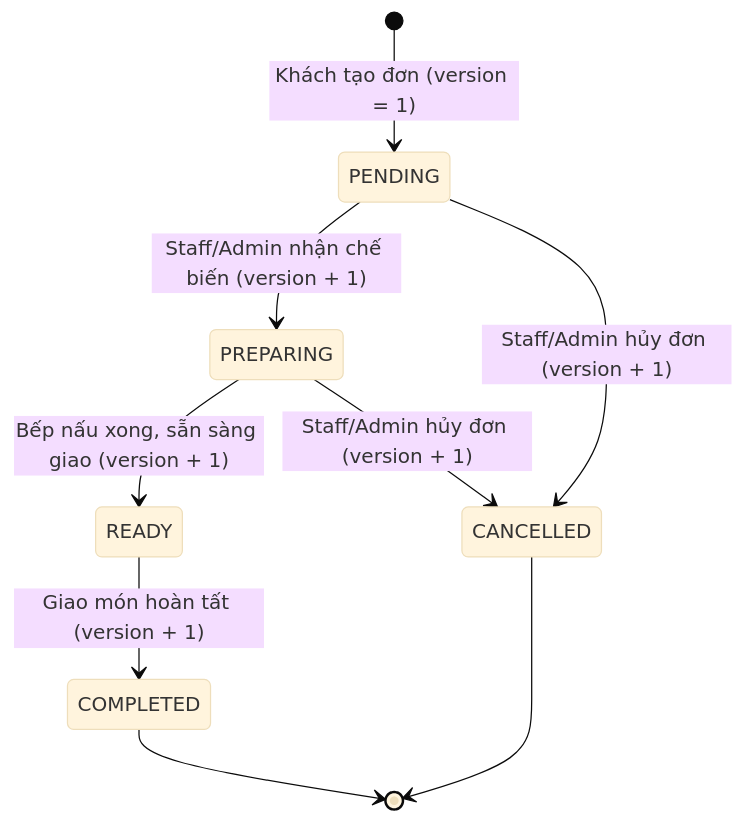
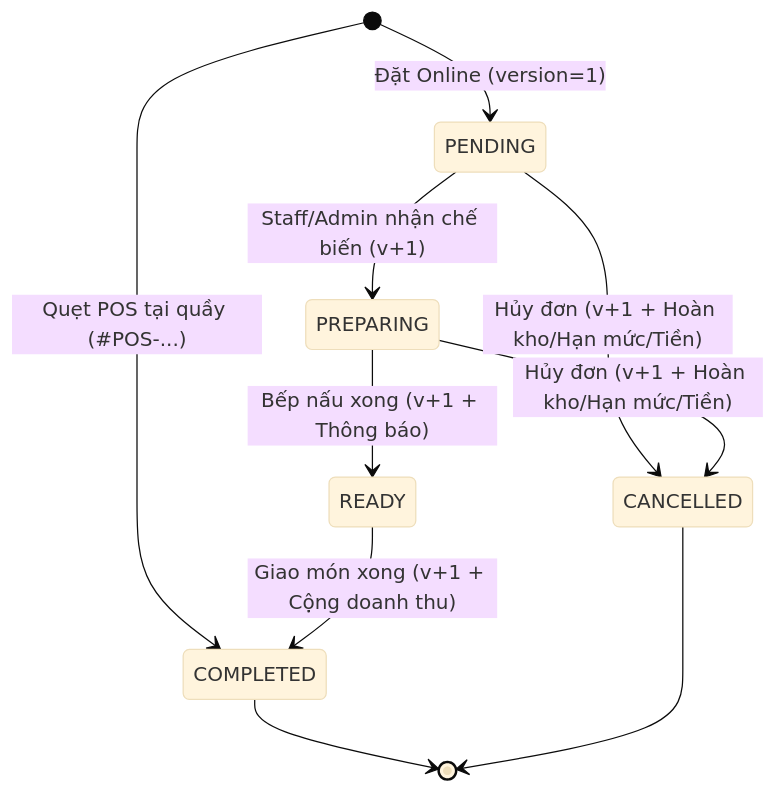
Before and after one commit to HoangKhang5207/SmartCanteen: the fourth of 4 diagrams in docs/architecture/system-architecture.md, drawn with Mermaid (base theme). The commit also changed other lines of this file and 14 other files, not shown here.

````diff
--- a/docs/architecture/system-architecture.md
+++ b/docs/architecture/system-architecture.md
@@ -129,11 +123,12 @@
 ```mermaid
 stateDiagram-v2
-    [*] --> PENDING: Khách tạo đơn (version = 1)
-    PENDING --> PREPARING: Staff/Admin nhận chế biến (version + 1)
-    PENDING --> CANCELLED: Staff/Admin hủy đơn (version + 1)
-    PREPARING --> READY: Bếp nấu xong, sẵn sàng giao (version + 1)
-    PREPARING --> CANCELLED: Staff/Admin hủy đơn (version + 1)
-    READY --> COMPLETED: Giao món hoàn tất (version + 1)
+    [*] --> PENDING: Đặt Online (version=1)
+    [*] --> COMPLETED: Quẹt POS tại quầy (#POS-...)
+    PENDING --> PREPARING: Staff/Admin nhận chế biến (v+1)
+    PENDING --> CANCELLED: Hủy đơn (v+1 + Hoàn kho/Hạn mức/Tiền)
+    PREPARING --> READY: Bếp nấu xong (v+1 + Thông báo)
+    PREPARING --> CANCELLED: Hủy đơn (v+1 + Hoàn kho/Hạn mức/Tiền)
+    READY --> COMPLETED: Giao món xong (v+1 + Cộng doanh thu)
     COMPLETED --> [*]
     CANCELLED --> [*]
 ```
````
